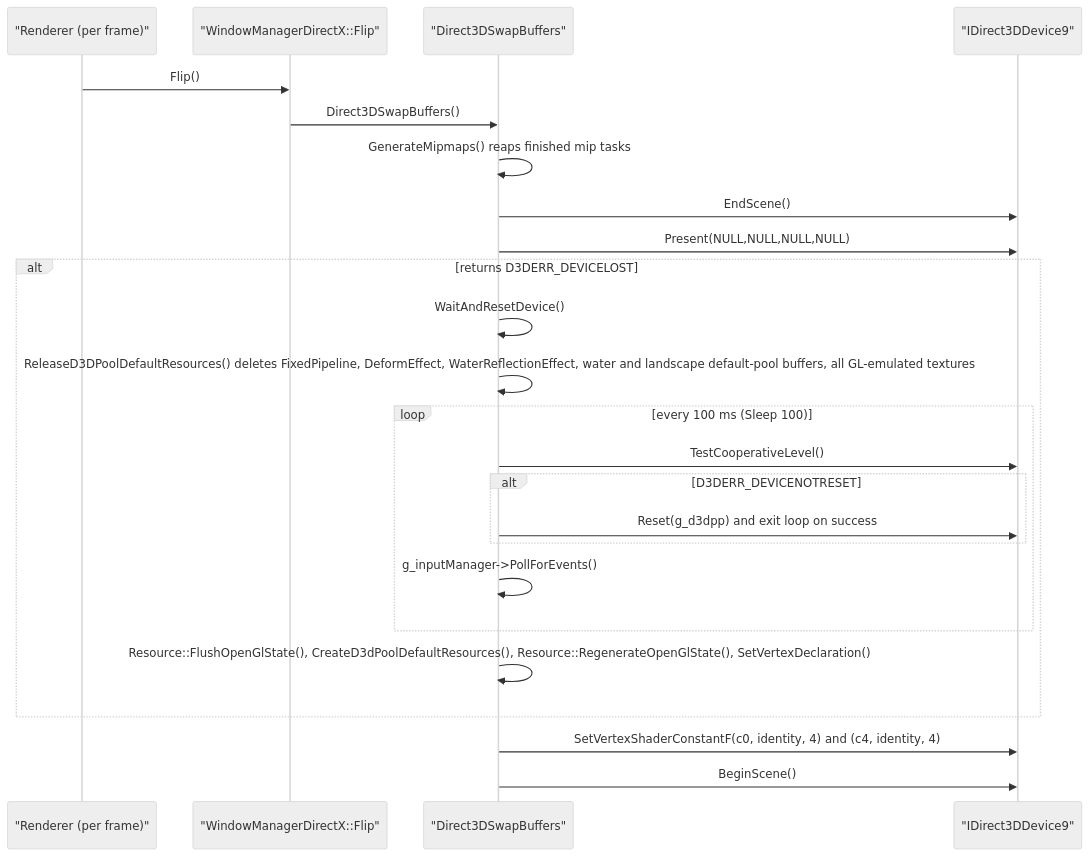
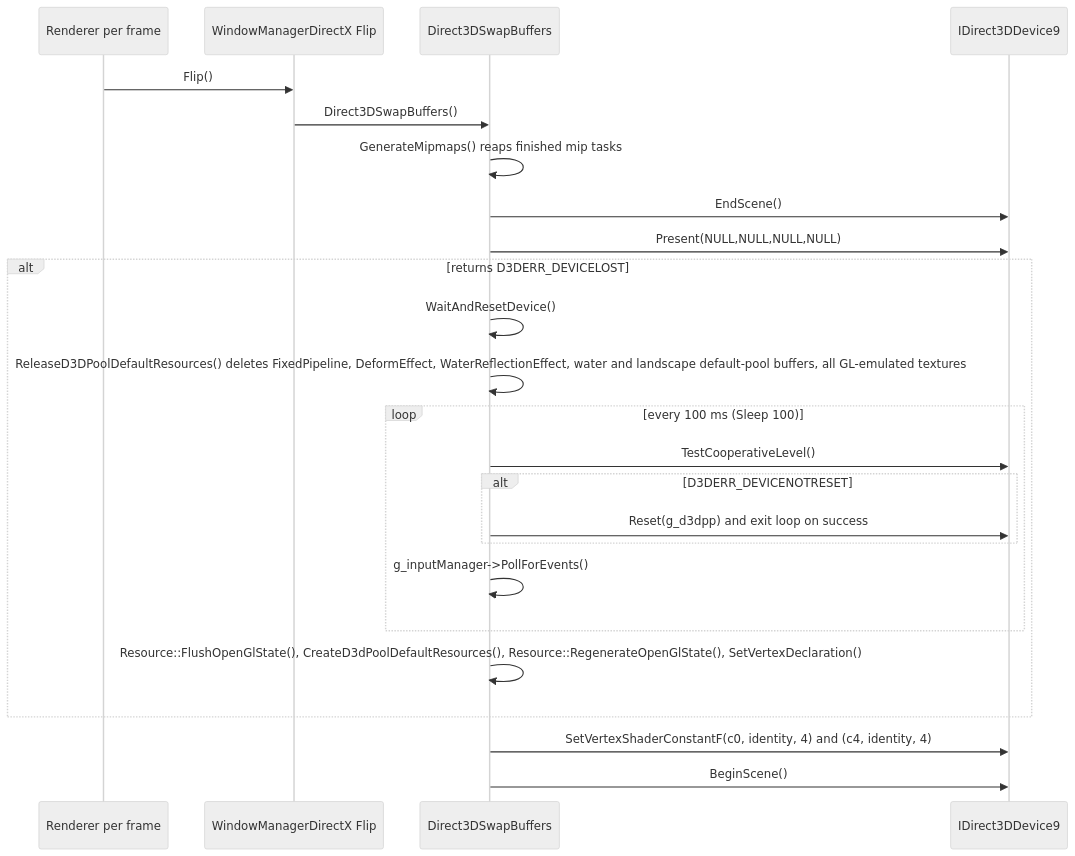
One commit to Zwaliebaba/Species.AI changed the second of 7 diagrams in design/31_platform_build_and_tools.md. Above: the diagram before and after it, drawn with Mermaid (neutral theme). The commit also changed other lines of this file and 46 other files, not shown here.

First line of the commit message:
Add 23_terrain, 24_rendering, 28_ui_framework; Mermaid validator; Phase 2 complete

````diff
--- a/design/31_platform_build_and_tools.md
+++ b/design/31_platform_build_and_tools.md
@@ -311,26 +311,26 @@
 ```mermaid
 sequenceDiagram
-  participant R as "Renderer (per frame)"
-  participant W as "WindowManagerDirectX::Flip"
-  participant E as "Direct3DSwapBuffers"
-  participant D as "IDirect3DDevice9"
+  participant R as Renderer per frame
+  participant W as WindowManagerDirectX Flip
+  participant E as Direct3DSwapBuffers
+  participant D as IDirect3DDevice9
   R->>W: Flip()
   W->>E: Direct3DSwapBuffers()
   E->>E: GenerateMipmaps() reaps finished mip tasks
   E->>D: EndScene()
   E->>D: Present(NULL,NULL,NULL,NULL)
   alt returns D3DERR_DEVICELOST
     E->>E: WaitAndResetDevice()
     E->>E: ReleaseD3DPoolDefaultResources() deletes FixedPipeline, DeformEffect, WaterReflectionEffect, water and landscape default-pool buffers, all GL-emulated textures
     loop every 100 ms (Sleep 100)
       E->>D: TestCooperativeLevel()
       alt D3DERR_DEVICENOTRESET
         E->>D: Reset(g_d3dpp) and exit loop on success
       end
       E->>E: g_inputManager->PollForEvents()
     end
     E->>E: Resource::FlushOpenGlState(), CreateD3dPoolDefaultResources(), Resource::RegenerateOpenGlState(), SetVertexDeclaration()
   end
   E->>D: SetVertexShaderConstantF(c0, identity, 4) and (c4, identity, 4)
   E->>D: BeginScene()
 ```
````
